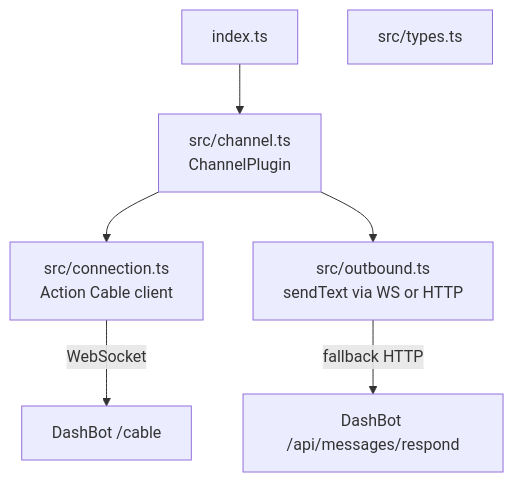
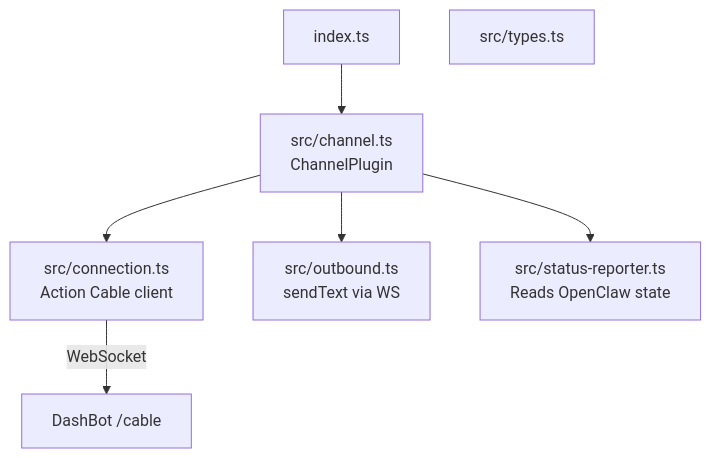
Before and after one commit to wembledev/dashbot-openclaw: the fourth of 5 diagrams in README.md, drawn with Mermaid. The commit also changed other lines of this file and 3 other files, not shown here.

First line of the commit message:
Remove HTTP fallback, fix tests, add status page docs

````diff
--- a/README.md
+++ b/README.md
@@ -160,9 +180,9 @@
 ```mermaid
 graph TD
     Entry[index.ts] --> Channel[src/channel.ts<br/>ChannelPlugin]
     Channel --> Conn[src/connection.ts<br/>Action Cable client]
-    Channel --> Out[src/outbound.ts<br/>sendText via WS or HTTP]
+    Channel --> Out[src/outbound.ts<br/>sendText via WS]
+    Channel --> Status[src/status-reporter.ts<br/>Reads OpenClaw state]
     Types[src/types.ts]
     Conn -->|WebSocket| DashBot[DashBot /cable]
-    Out -->|fallback HTTP| API[DashBot /api/messages/respond]
 ```
````
